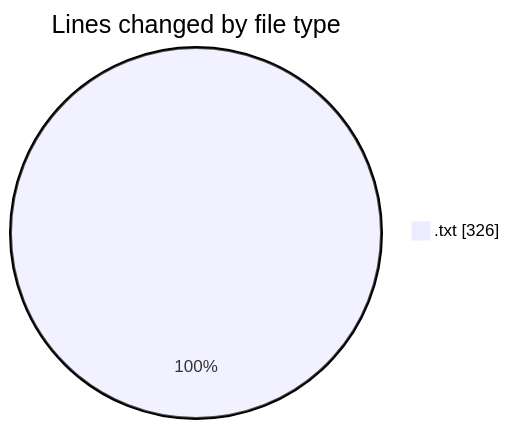
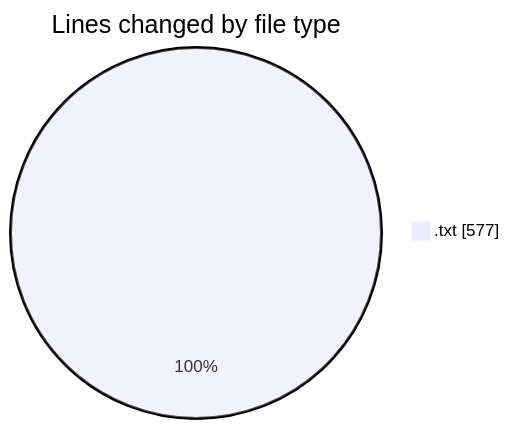
One commit to debugP/code-tracking changed the first of 2 diagrams in 2026-08-21/untitled__workspace_/README.md. Above: the diagram before and after it, drawn with Mermaid. The commit also changed other lines of this file and 1 other file, not shown here.

````diff
--- a/2026-08-21/untitled__workspace_/README.md
+++ b/2026-08-21/untitled__workspace_/README.md
@@ -20,5 +20,5 @@
 ```mermaid
 pie showData
 title Lines changed by file type
-".txt" : 326
+".txt" : 577
 ```
````
